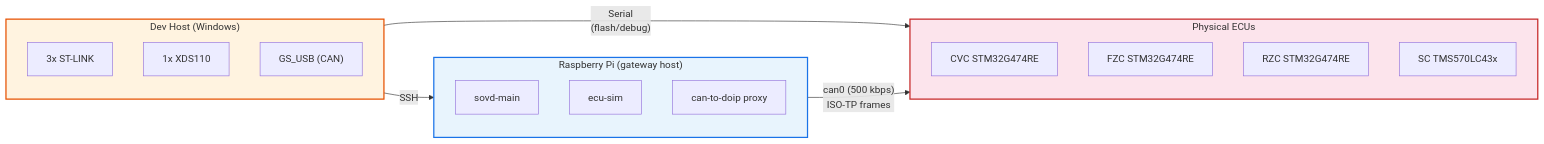
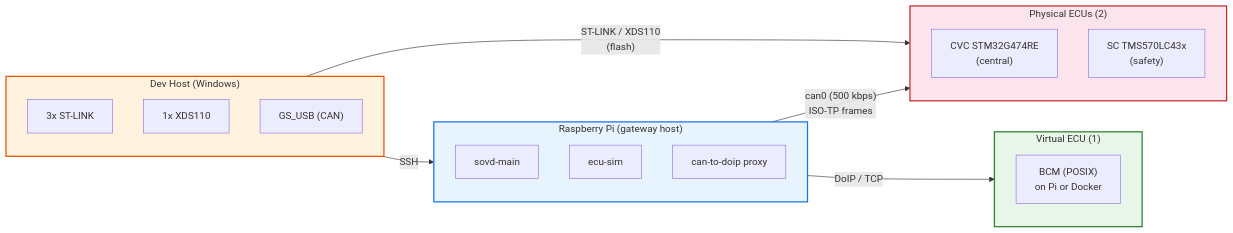
One commit to nhuvaoanh123/taktflow-opensovd changed the second of 2 diagrams in README.md. Above: the diagram before and after it, drawn with Mermaid. The commit also changed other lines of this file and 7 other files, not shown here.

````diff
--- a/README.md
+++ b/README.md
@@ -132,29 +136,33 @@
 ```mermaid
 graph LR
     subgraph DEV ["Dev Host (Windows)"]
         STL["3x ST-LINK"]
         XDS["1x XDS110"]
         GS["GS_USB (CAN)"]
     end
 
     subgraph PI ["Raspberry Pi (gateway host)"]
         SM["sovd-main"]
         SIM["ecu-sim"]
         PX["can-to-doip proxy"]
     end
 
-    subgraph HW ["Physical ECUs"]
-        CVC["CVC STM32G474RE"]
-        FZC["FZC STM32G474RE"]
-        RZC["RZC STM32G474RE"]
-        SC["SC TMS570LC43x"]
+    subgraph HW ["Physical ECUs (2)"]
+        CVC["CVC STM32G474RE<br/>(central)"]
+        SC["SC TMS570LC43x<br/>(safety)"]
+    end
+
+    subgraph VIRT ["Virtual ECU (1)"]
+        BCM["BCM (POSIX)<br/>on Pi or Docker"]
     end
 
     DEV -->|"SSH"| PI
-    DEV -->|"Serial<br/>(flash/debug)"| HW
+    DEV -->|"ST-LINK / XDS110<br/>(flash)"| HW
     PI -->|"can0 (500 kbps)<br/>ISO-TP frames"| HW
+    PI -->|"DoIP / TCP"| VIRT
 
     style DEV fill:#fff3e0,stroke:#e65100,stroke-width:2px
     style PI fill:#e8f4fd,stroke:#1a73e8,stroke-width:2px
     style HW fill:#fce4ec,stroke:#c62828,stroke-width:2px
+    style VIRT fill:#e8f5e9,stroke:#2e7d32,stroke-width:2px
 ```
````
